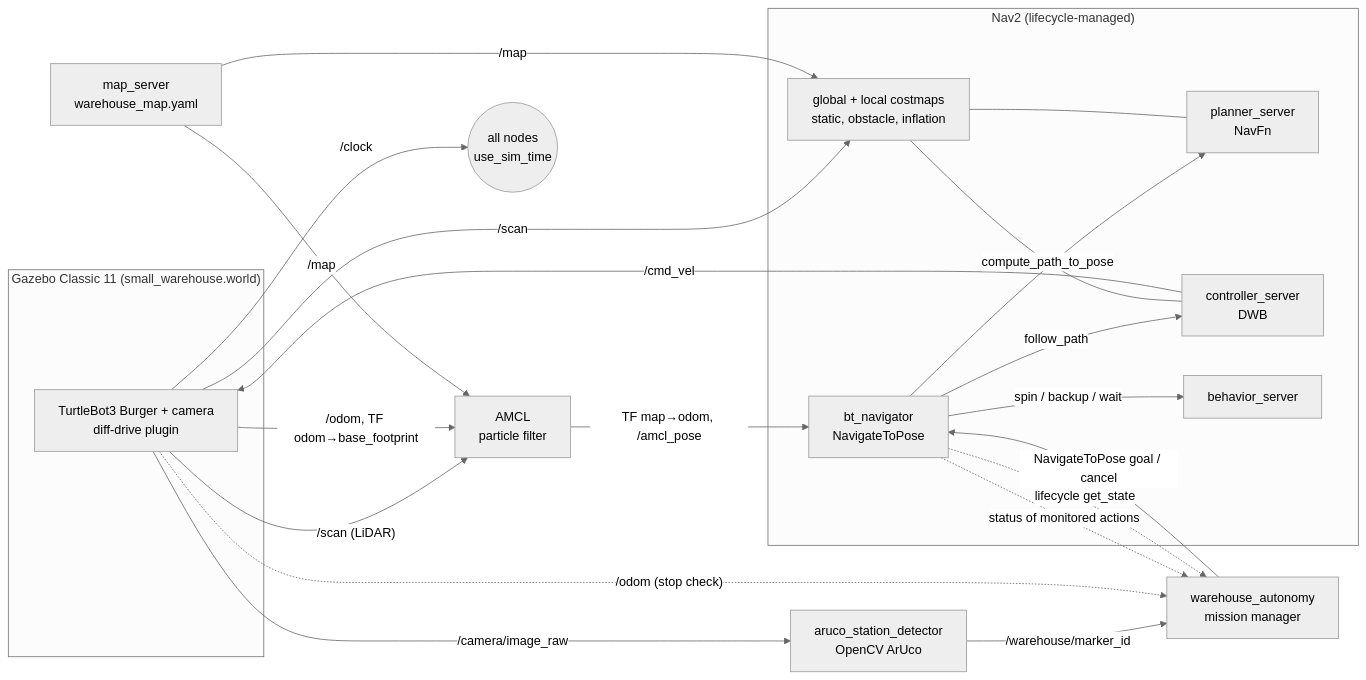
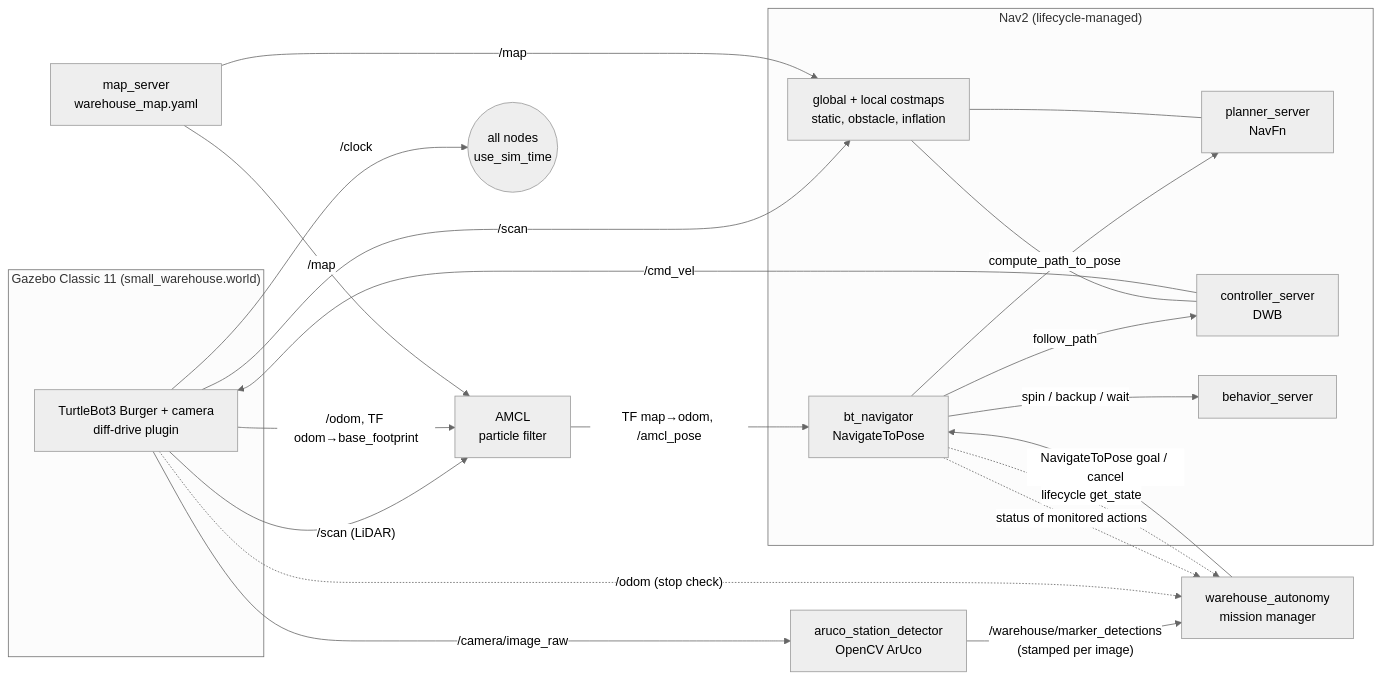
Before and after one commit to Sara-Esm/ros2-autonomous-warehouse-navigation: the first of 2 diagrams in README.md, drawn with Mermaid (neutral theme). The commit also changed other lines of this file and 46 other files, not shown here.

````diff
--- a/README.md
+++ b/README.md
@@ -171,32 +171,32 @@
 ```mermaid
 flowchart LR
   subgraph SIM["Gazebo Classic 11 (small_warehouse.world)"]
     TB3["TurtleBot3 Burger + camera<br/>diff-drive plugin"]
   end
 
   TB3 -- "/scan (LiDAR)" --> AMCL
   TB3 -- "/scan" --> COSTMAPS
   TB3 -- "/odom, TF odom→base_footprint" --> AMCL
   TB3 -- "/camera/image_raw" --> DET
   TB3 -- "/clock" --> ALL(("all nodes<br/>use_sim_time"))
 
   MAP["map_server<br/>warehouse_map.yaml"] -- "/map" --> AMCL
   MAP -- "/map" --> COSTMAPS
   AMCL["AMCL<br/>particle filter"] -- "TF map→odom, /amcl_pose" --> BT
 
   subgraph NAV2["Nav2 (lifecycle-managed)"]
     BT["bt_navigator<br/>NavigateToPose"] -- compute_path_to_pose --> PLAN["planner_server<br/>NavFn"]
     BT -- follow_path --> CTRL["controller_server<br/>DWB"]
     BT -- "spin / backup / wait" --> BEH["behavior_server"]
     COSTMAPS["global + local costmaps<br/>static, obstacle, inflation"] --- PLAN
     COSTMAPS --- CTRL
   end
 
   CTRL -- "/cmd_vel" --> TB3
-  DET["aruco_station_detector<br/>OpenCV ArUco"] -- "/warehouse/marker_id" --> MM
+  DET["aruco_station_detector<br/>OpenCV ArUco"] -- "/warehouse/marker_detections<br/>(stamped per image)" --> MM
 
   MM["warehouse_autonomy<br/>mission manager"] -- "NavigateToPose goal / cancel" --> BT
   BT -. "status of monitored actions" .-> MM
   BT -. "lifecycle get_state" .-> MM
   TB3 -. "/odom (stop check)" .-> MM
 ```
````
